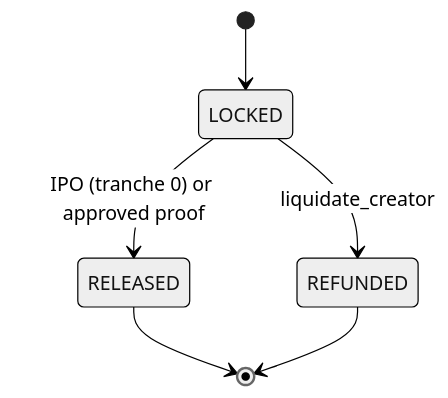
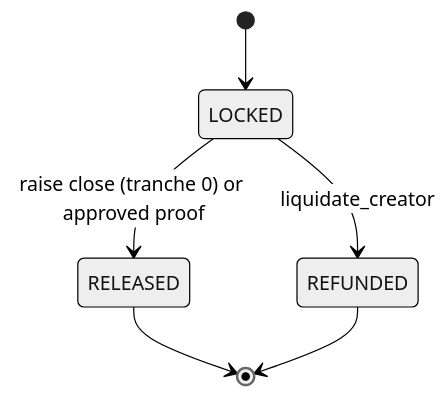
One commit to predatorx7/stakeme-ex changed the second of 4 diagrams in docs/product-spec.md. Above: the diagram before and after it, drawn with Mermaid (neutral theme). The commit also changed other lines of this file and 10 other files, not shown here.

````diff
--- a/docs/product-spec.md
+++ b/docs/product-spec.md
@@ -110,8 +112,8 @@
 ```mermaid
 stateDiagram-v2
 	[*] --> LOCKED
-	LOCKED --> RELEASED: IPO (tranche 0) or approved proof
+	LOCKED --> RELEASED: raise close (tranche 0) or approved proof
 	LOCKED --> REFUNDED: liquidate_creator
 	RELEASED --> [*]
 	REFUNDED --> [*]
 ```
````
